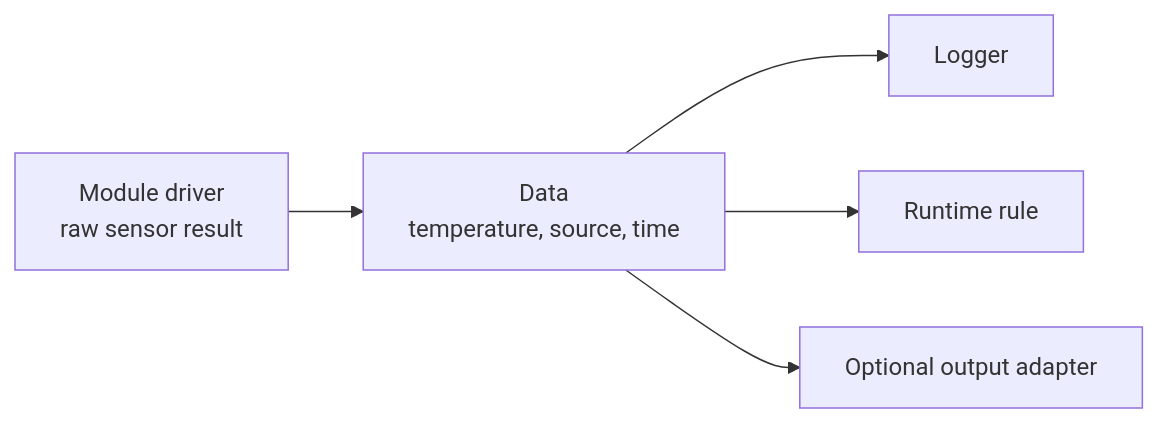
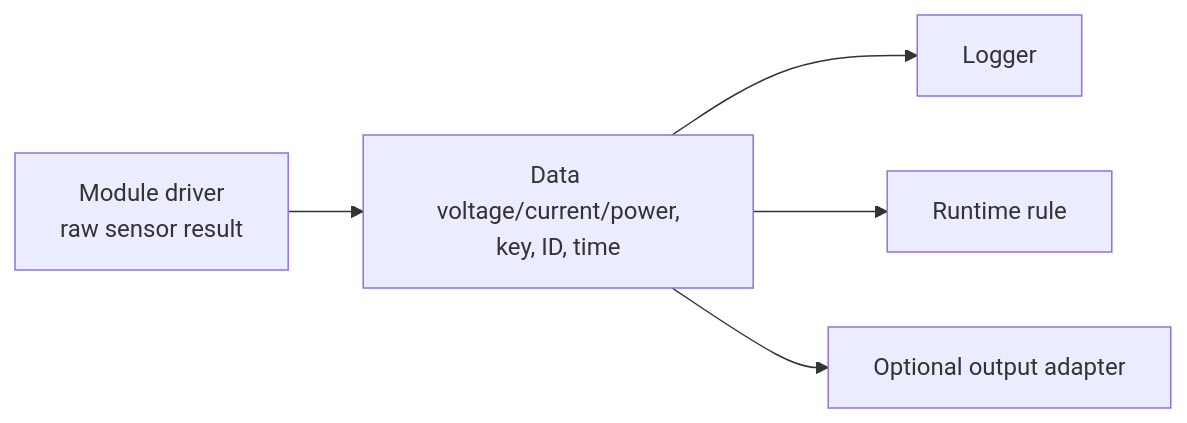
Before and after one commit to andreapiccini/SpaghettiLAB: diagram 11 of 18 in Firmware/core/ARCHITECTURE.md, drawn with Mermaid. The commit also changed other lines of this file and 62 other files, not shown here.

````diff
--- a/Firmware/core/ARCHITECTURE.md
+++ b/Firmware/core/ARCHITECTURE.md
@@ -498,13 +521,13 @@
 ```mermaid
 flowchart LR
     SENSOR["Module driver <br/> raw sensor result"]
-    VALUE["Data <br/> temperature, source, time"]
+    VALUE["Data <br/> voltage/current/power, key, ID, time"]
     LOG["Logger"]
     RULE["Runtime rule"]
     OUTPUT["Optional output adapter"]
 
     SENSOR --> VALUE
     VALUE --> LOG
     VALUE --> RULE
     VALUE --> OUTPUT
 ```
````
